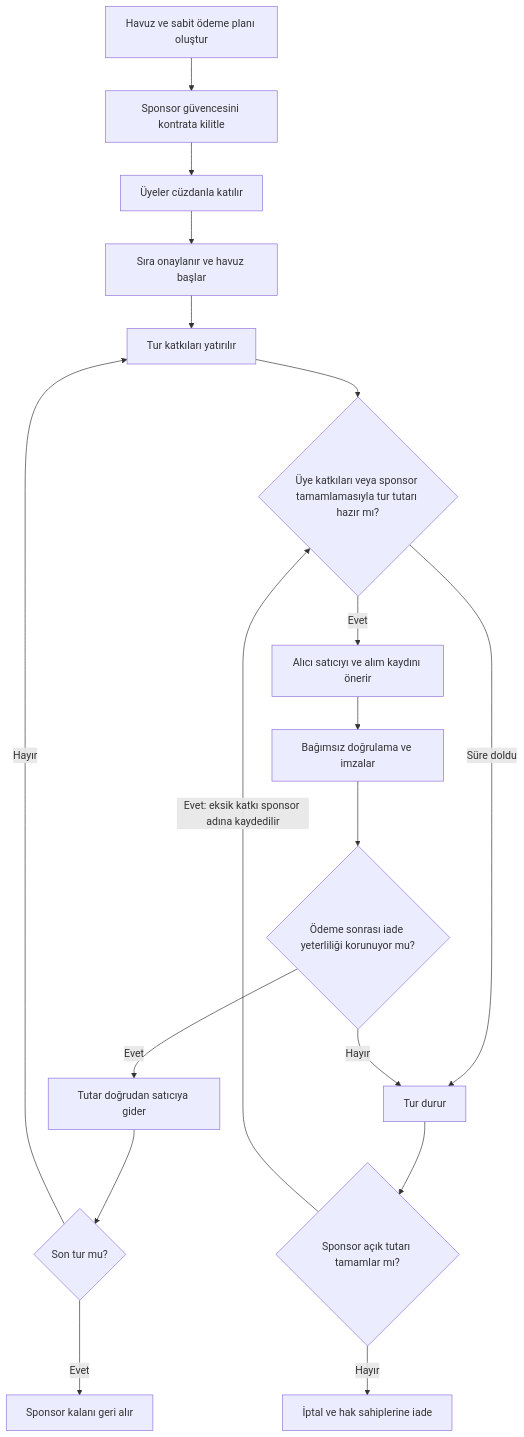
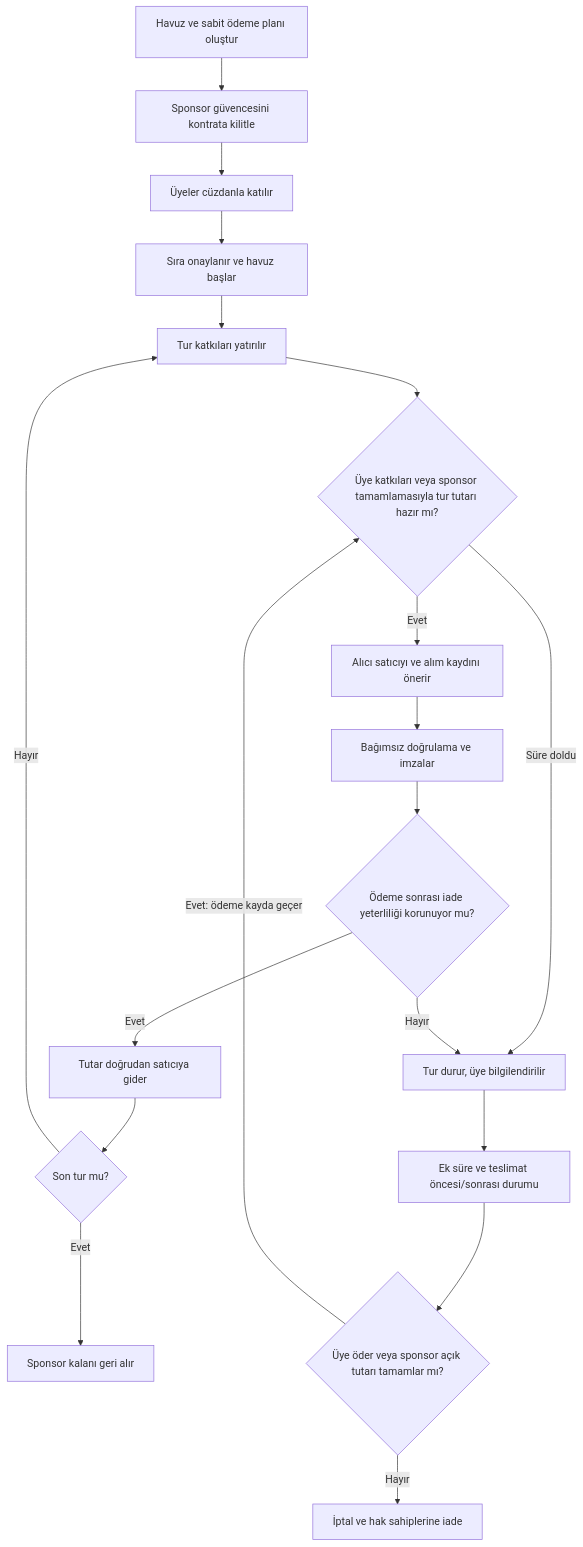
Before and after one commit to yusufarslan44/Stellerpool: the diagram in docs/plan.md, drawn with Mermaid. The commit also changed other lines of this file and 1 other file, not shown here.

Commit message:
Ödeme gecikmesi ve borç takibi akışını plana ekle

```diff
--- a/docs/plan.md
+++ b/docs/plan.md
@@ -40,20 +50,21 @@
 ~~~mermaid
 flowchart TD
   A[Havuz ve sabit ödeme planı oluştur] --> B[Sponsor güvencesini kontrata kilitle]
   B --> C[Üyeler cüzdanla katılır]
   C --> D[Sıra onaylanır ve havuz başlar]
   D --> E[Tur katkıları yatırılır]
   E --> F{Üye katkıları veya sponsor tamamlamasıyla tur tutarı hazır mı?}
   F -->|Evet| G[Alıcı satıcıyı ve alım kaydını önerir]
   G --> H[Bağımsız doğrulama ve imzalar]
   H --> I{Ödeme sonrası iade yeterliliği korunuyor mu?}
   I -->|Evet| J[Tutar doğrudan satıcıya gider]
   J --> K{Son tur mu?}
   K -->|Hayır| E
   K -->|Evet| L[Sponsor kalanı geri alır]
-  F -->|Süre doldu| M[Tur durur]
-  M --> N{Sponsor açık tutarı tamamlar mı?}
-  N -->|Evet: eksik katkı sponsor adına kaydedilir| F
+  F -->|Süre doldu| M[Tur durur, üye bilgilendirilir]
+  M --> P[Ek süre ve teslimat öncesi/sonrası durumu]
+  P --> N{Üye öder veya sponsor açık tutarı tamamlar mı?}
+  N -->|Evet: ödeme kayda geçer| F
   N -->|Hayır| O[İptal ve hak sahiplerine iade]
   I -->|Hayır| M
 ~~~
```
